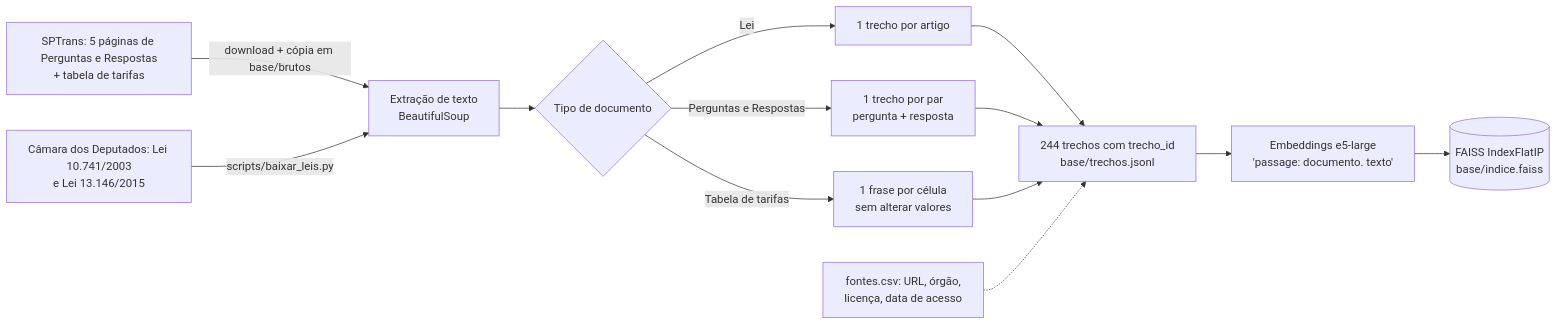
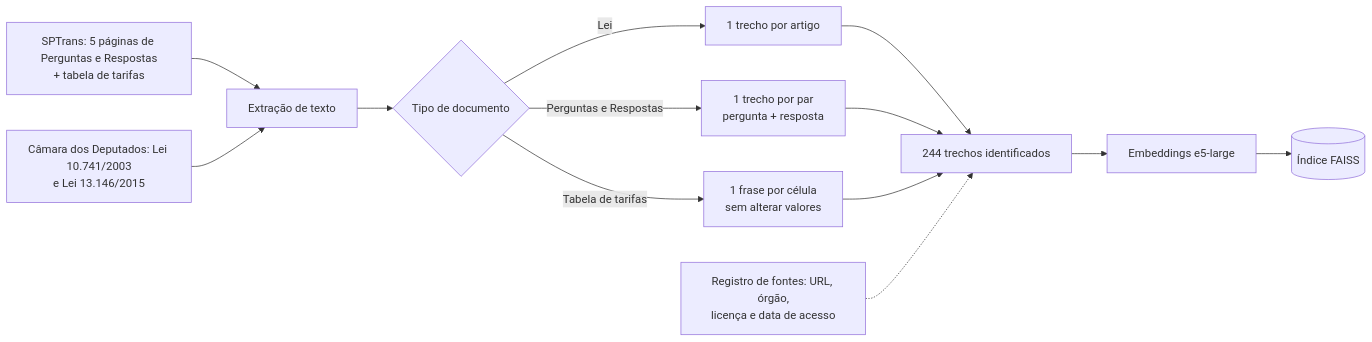
The first of 2 diagrams in genai/RELATORIO.md (pedrobicas/ponto-falante), drawn with Mermaid before and after one commit. The commit also changed other lines of this file and 7 other files, not shown here.

````diff
--- a/genai/RELATORIO.md
+++ b/genai/RELATORIO.md
@@ -40,13 +63,13 @@
 ```mermaid
 flowchart LR
-    A[SPTrans: 5 páginas de Perguntas e Respostas<br/>+ tabela de tarifas] -->|download + cópia em base/brutos| C[Extração de texto<br/>BeautifulSoup]
-    B[Câmara dos Deputados: Lei 10.741/2003<br/>e Lei 13.146/2015] -->|scripts/baixar_leis.py| C
+    A[SPTrans: 5 páginas de Perguntas e Respostas<br/>+ tabela de tarifas] --> C[Extração de texto]
+    B[Câmara dos Deputados: Lei 10.741/2003<br/>e Lei 13.146/2015] --> C
     C --> D{Tipo de documento}
     D -->|Lei| E[1 trecho por artigo]
     D -->|Perguntas e Respostas| F[1 trecho por par<br/>pergunta + resposta]
     D -->|Tabela de tarifas| G[1 frase por célula<br/>sem alterar valores]
-    E & F & G --> H[244 trechos com trecho_id<br/>base/trechos.jsonl]
-    H --> I[Embeddings e5-large<br/>'passage: documento. texto']
-    I --> J[(FAISS IndexFlatIP<br/>base/indice.faiss)]
-    K[fontes.csv: URL, órgão,<br/>licença, data de acesso] -.-> H
+    E & F & G --> H[244 trechos identificados]
+    H --> I[Embeddings e5-large]
+    I --> J[(Índice FAISS)]
+    K[Registro de fontes: URL, órgão,<br/>licença e data de acesso] -.-> H
 ```
````
